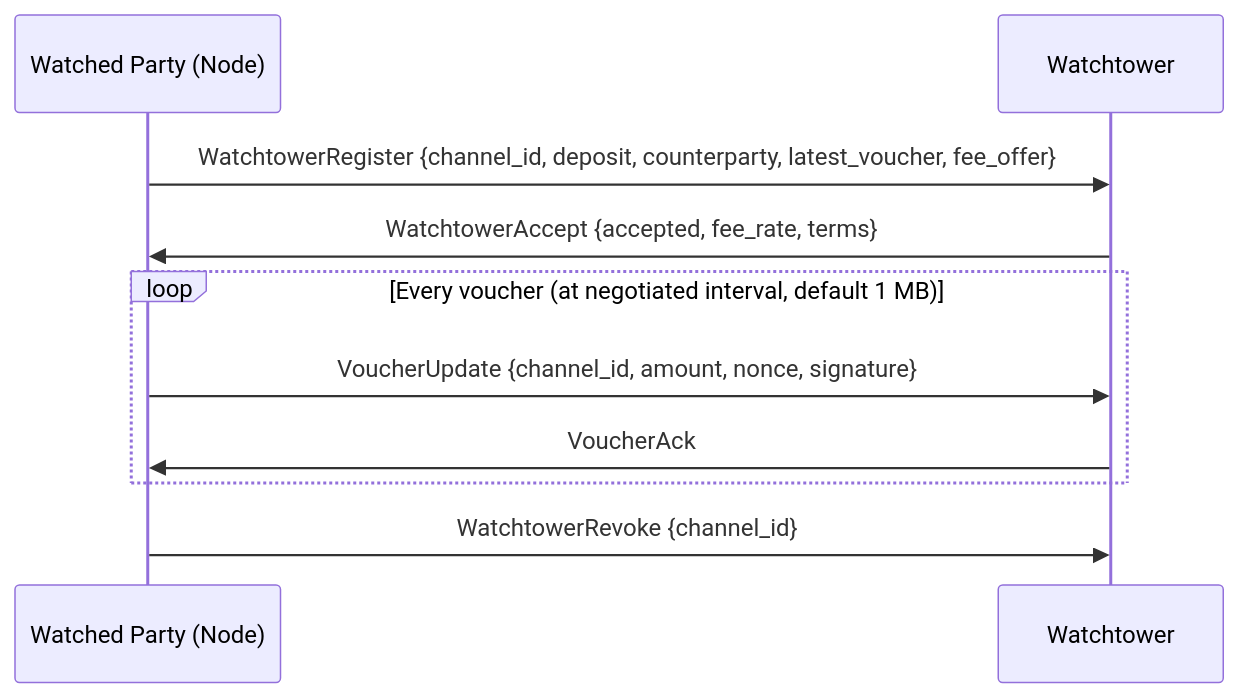
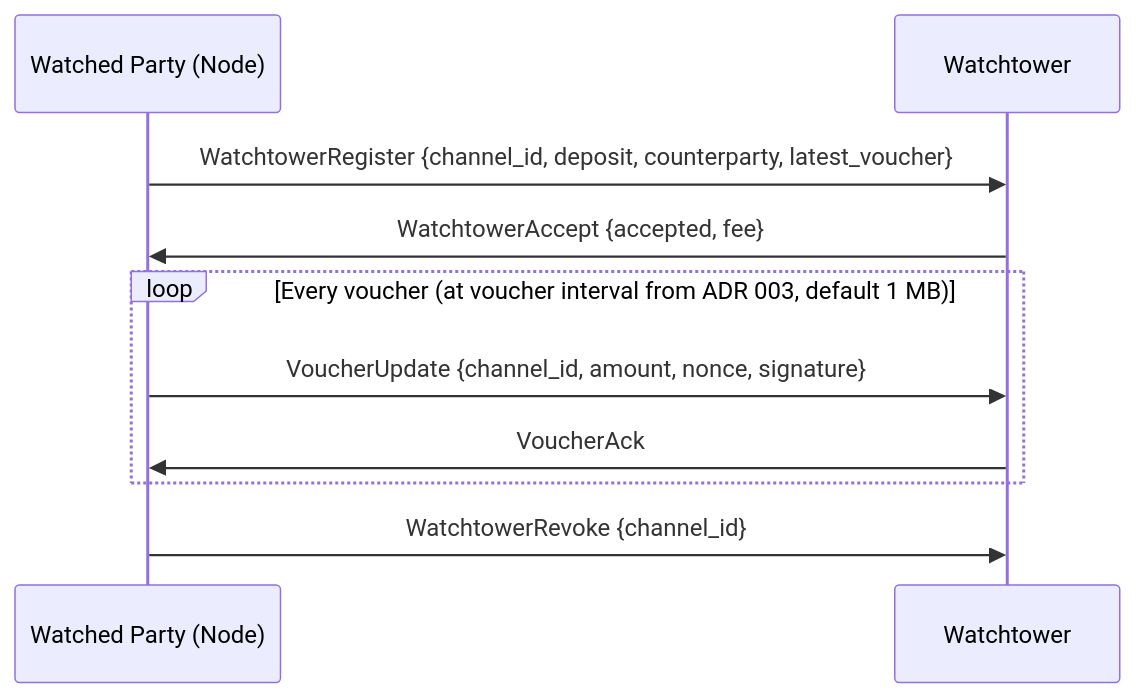
One commit to decdn/decdn changed the third of 4 diagrams in adr/005-protocol.md. Above: the diagram before and after it, drawn with Mermaid. The commit also changed 1 other file, not shown here.

Commit message:
docs: resolve watchtower fee_offer field vs fixed-rate model conflict (#134)
* docs: resolve watchtower fee_offer field vs fixed-rate model conflict (#126)

Remove fee_offer from WatchtowerRegister and replace fee_rate/terms with
fee in WatchtowerAccept — the fee is deterministic from the deposit field
via max(0.1% × deposit, 0.50 USDC), so negotiation fields were misleading.
Clarify voucher interval attribution to ADR 003 in sequence diagrams.

* docs: address review — consistent punctuation and clarify 30-day period

---------

````diff
--- a/adr/005-protocol.md
+++ b/adr/005-protocol.md
@@ -135,15 +135,15 @@
 ```mermaid
 sequenceDiagram
     participant W as Watched Party (Node)
     participant T as Watchtower
 
-    W->>T: WatchtowerRegister {channel_id, deposit, counterparty, latest_voucher, fee_offer}
-    T->>W: WatchtowerAccept {accepted, fee_rate, terms}
+    W->>T: WatchtowerRegister {channel_id, deposit, counterparty, latest_voucher}
+    T->>W: WatchtowerAccept {accepted, fee}
 
-    loop Every voucher (at negotiated interval, default 1 MB)
+    loop Every voucher (at voucher interval from ADR 003, default 1 MB)
         W->>T: VoucherUpdate {channel_id, amount, nonce, signature}
         T->>W: VoucherAck
     end
 
     W->>T: WatchtowerRevoke {channel_id}
 ```
````
